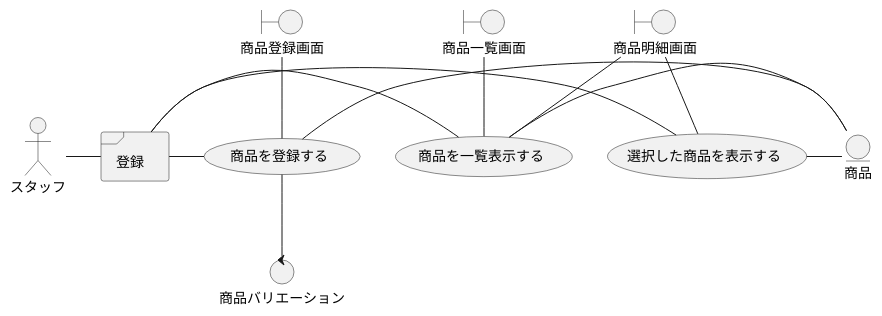
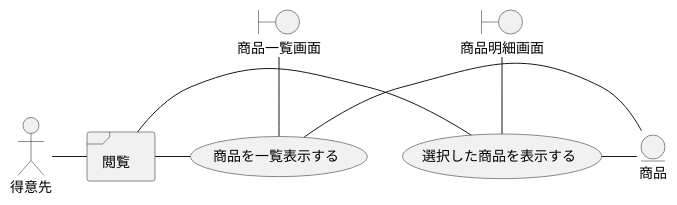
One commit to k2works/application_programing_excercise_2022 changed diagram 22 of 39 in docs/index.adoc. Above: the diagram before and after it, drawn with PlantUML. The commit also changed other lines of this file, not shown here.

```diff
--- a/docs/index.adoc
+++ b/docs/index.adoc
@@ -722,28 +742,20 @@
 [plantuml]
 ----
 @startuml
-actor "スタッフ" as ac_01
-frame "登録" as f01
-usecase "商品を登録する" as UC1
-usecase "商品を一覧表示する" as UC2
-usecase "選択した商品を表示する" as UC3
+actor "得意先" as ac_01
+frame "閲覧" as f01
+usecase "商品を一覧表示する" as UC1
+usecase "選択した商品を表示する" as UC2
 boundary "商品一覧画面" as b01
 boundary "商品明細画面" as b02
-boundary "商品登録画面" as b03
 entity "商品" as e01
-control "商品バリエーション" as c01
 
 ac_01 - f01
 f01 - UC1
 f01 - UC2
-f01 - UC3
-b01 -- UC2
+b01 -- UC1
 b02 -- UC2
-b02 -- UC3
-b03 -- UC1
 UC1 - e01
 UC2 - e01
-UC3 - e01
-UC1 -- c01
 @enduml
 ----
```
